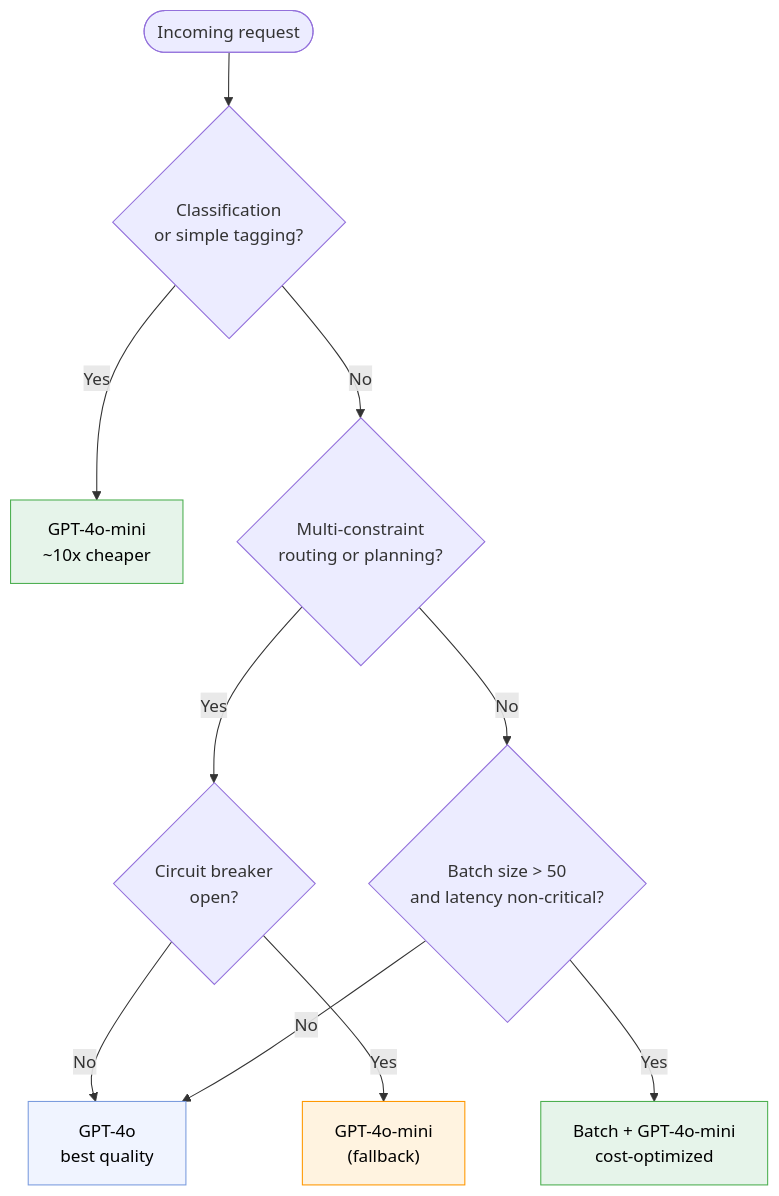
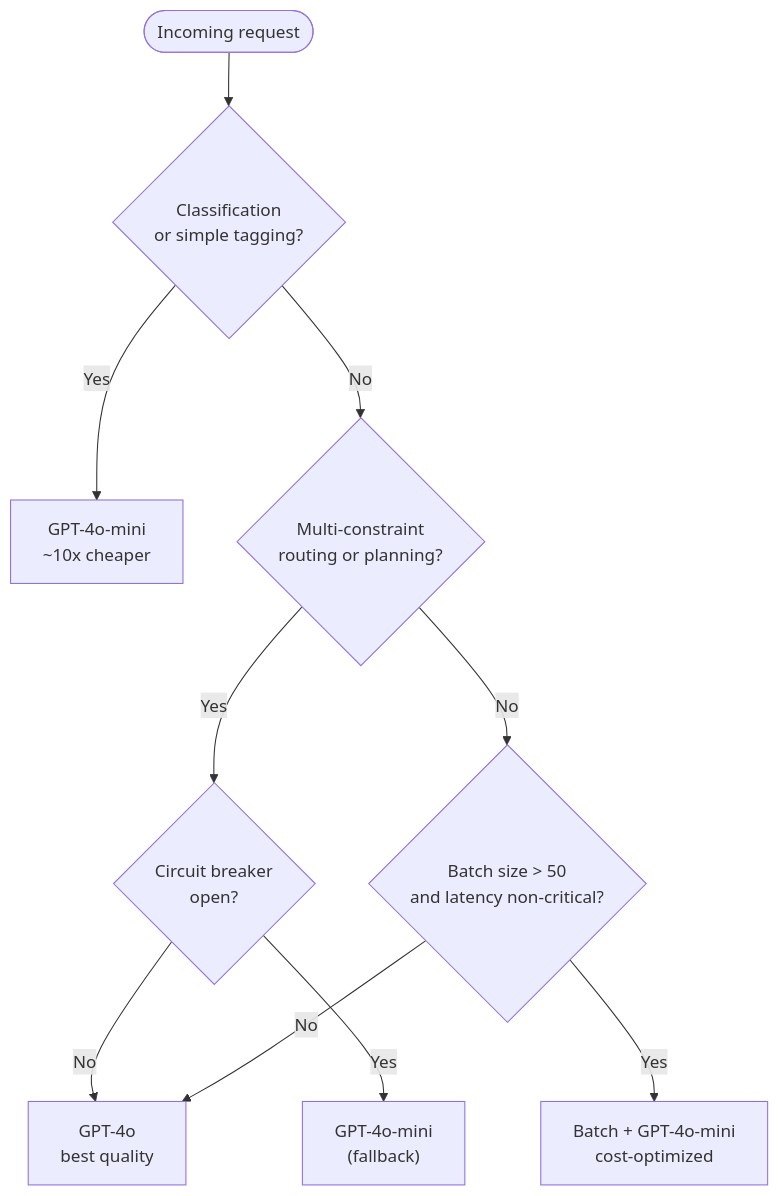
One commit to bchassoul/notes changed diagram 18 of 24 in docs/notes/genstage-broadway-ai.md. Above: the diagram before and after it, drawn with Mermaid. The commit also changed other lines of this file and 9 other files, not shown here.

Commit message:
Add diagrams and visual improvements across all notes

````diff
--- a/docs/notes/genstage-broadway-ai.md
+++ b/docs/notes/genstage-broadway-ai.md
@@ -1640,21 +1621,17 @@
 ```mermaid
 flowchart TD
     START(["Incoming request"]) --> Q1{"Classification\nor simple tagging?"}
 
     Q1 -->|"Yes"| MINI["GPT-4o-mini\n~10x cheaper"]
     Q1 -->|"No"| Q2{"Multi-constraint\nrouting or planning?"}
 
     Q2 -->|"Yes"| Q3{"Circuit breaker\nopen?"}
     Q2 -->|"No"| Q4{"Batch size > 50\nand latency non-critical?"}
 
     Q3 -->|"No"| GPT4O["GPT-4o\nbest quality"]
     Q3 -->|"Yes"| FALLBACK["GPT-4o-mini\n(fallback)"]
 
     Q4 -->|"Yes"| BATCH["Batch + GPT-4o-mini\ncost-optimized"]
     Q4 -->|"No"| GPT4O
 
-    style MINI fill:#e6f4ea,stroke:#4caf50,color:#000
-    style GPT4O fill:#f0f4ff,stroke:#7b9cde,color:#000
-    style FALLBACK fill:#fff3e0,stroke:#ff9800,color:#000
-    style BATCH fill:#e6f4ea,stroke:#4caf50,color:#000
 ```
````
